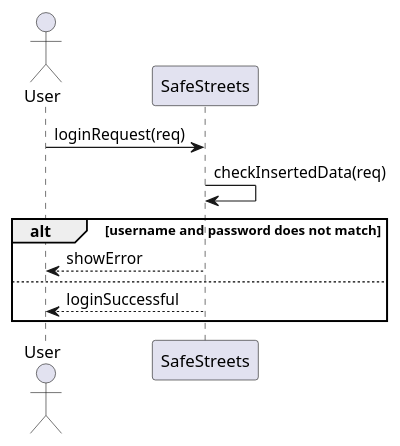
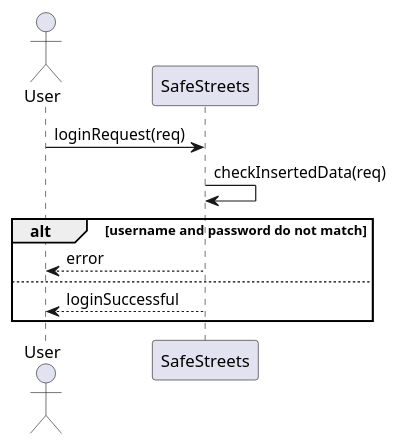
The diagram in diagrams/rasd_sequence_diagram_uc_1_2.wsd (fuljo/FulginiDiCesare-SE2), drawn with PlantUML before and after one commit. The commit also changed 5 other files, not shown here.

Commit message:
Improve names in sequence diagrams

```diff
--- a/diagrams/rasd_sequence_diagram_uc_1_2.wsd
+++ b/diagrams/rasd_sequence_diagram_uc_1_2.wsd
@@ -1,16 +1,16 @@
 @startuml rasd_sequence_diagram_uc_1_2
 skinparam Shadowing false
 
 actor User as U
 participant SafeStreets as SS
 
 U -> SS : loginRequest(req)
 SS -> SS : checkInsertedData(req)
 
-alt username and password does not match
-SS --> U : showError
+alt username and password do not match
+SS --> U : error
 else 
 SS --> U : loginSuccessful
 end
 
 @enduml
```
